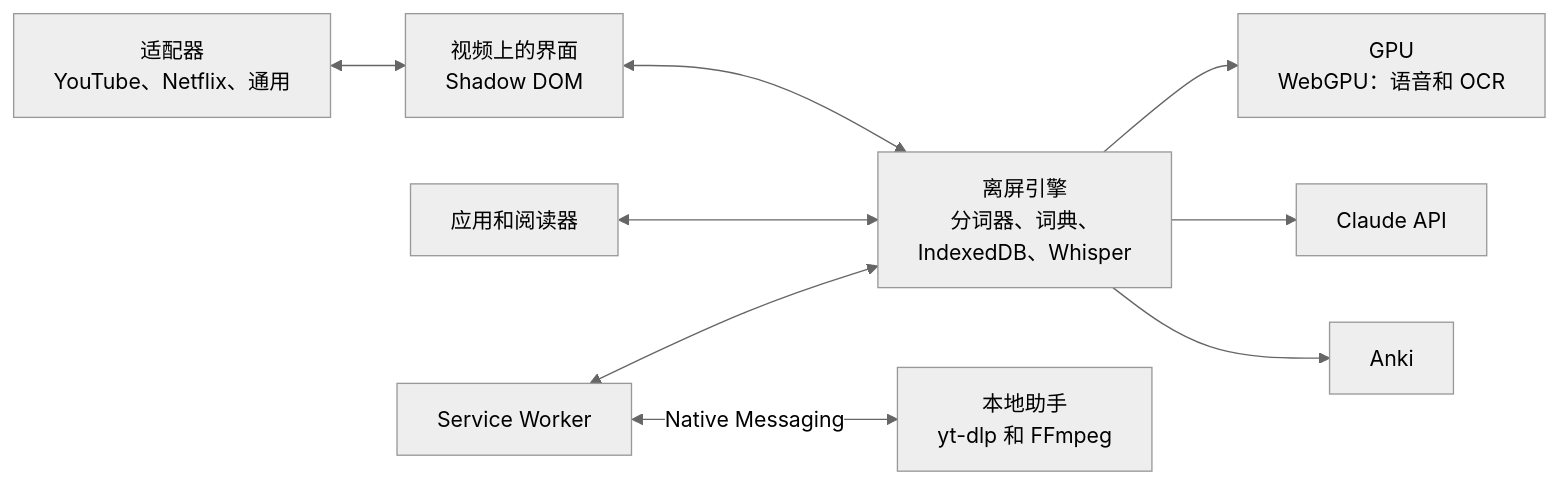
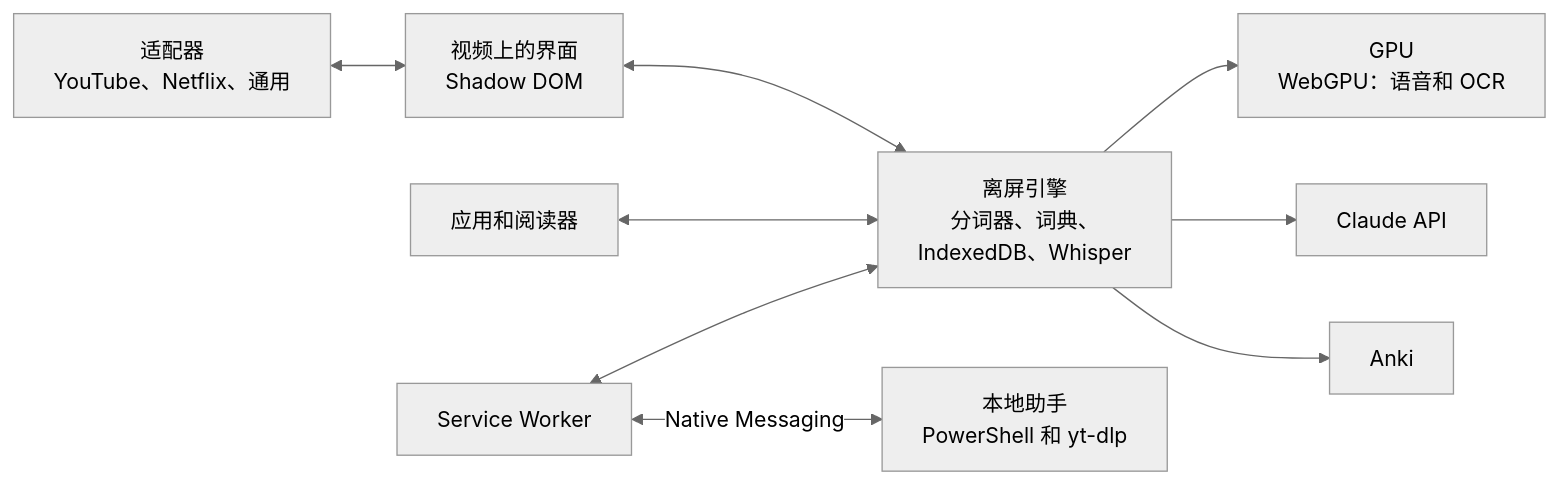
The second of 2 diagrams in README.zh.md (Eliam4510/kotonoha), drawn with Mermaid (neutral theme) before and after one commit. The commit also changed other lines of this file and 83 other files, not shown here.

````diff
--- a/README.zh.md
+++ b/README.zh.md
@@ -168,11 +170,11 @@
 ```mermaid
 flowchart LR
   P["适配器<br/>YouTube、Netflix、通用"] <--> C["视频上的界面<br/>Shadow DOM"]
   C <--> M["离屏引擎<br/>分词器、词典、<br/>IndexedDB、Whisper"]
   A["应用和阅读器"] <--> M
   M --> G["GPU<br/>WebGPU：语音和 OCR"]
   M --> CL["Claude API"]
   M --> AN["Anki"]
   S["Service Worker"] <--> M
-  S <-->|Native Messaging| H["本地助手<br/>yt-dlp 和 FFmpeg"]
+  S <-->|Native Messaging| H["本地助手<br/>PowerShell 和 yt-dlp"]
 ```
````
